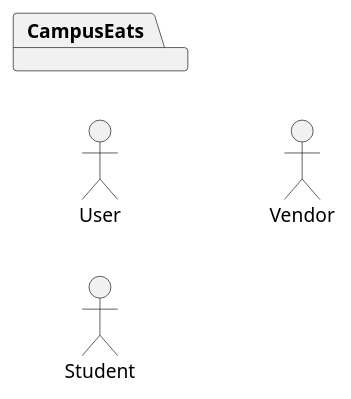
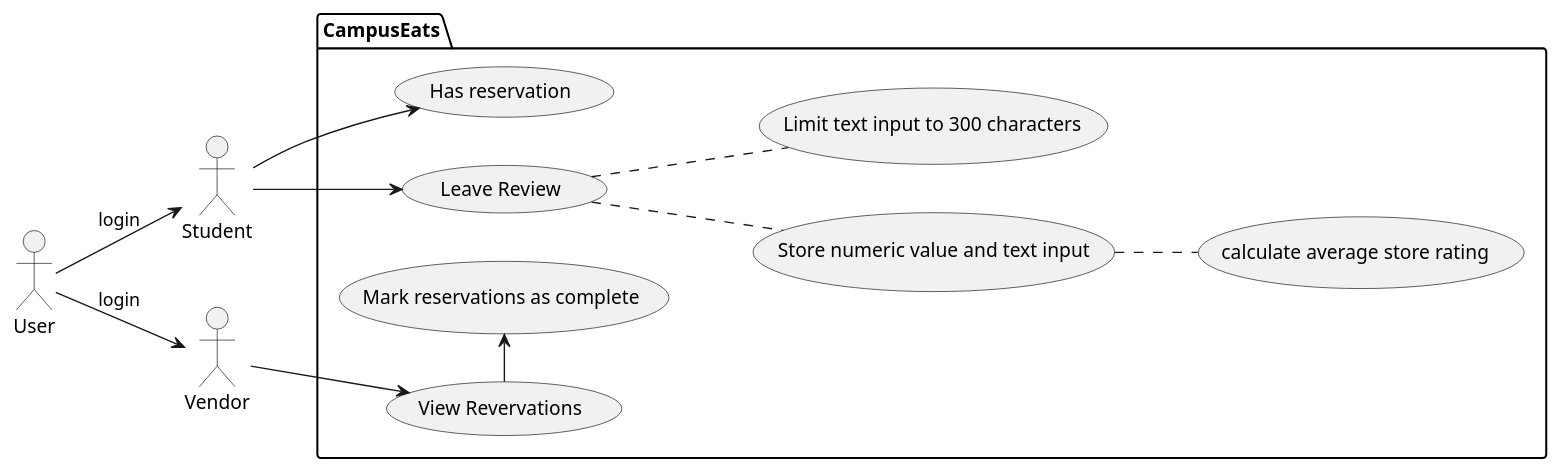
The diagram in uml/sequence-US#.wsd (Riconashty/campuseats), drawn with PlantUML before and after one commit. The commit also changed 2 other files, not shown here.

Commit message:
10.21.2026- UML and Sequence diagram inital commit +small README edit

```diff
--- a/uml/sequence-US#.wsd
+++ b/uml/sequence-US#.wsd
@@ -1,12 +1,23 @@
 @startuml US#
 
 left to right direction
 
 :User:
 :Student:
 :Vendor:
 
+User --> Student: login
+User --> Vendor: login
+
 package "CampusEats" {
+Student --> (Has reservation)
+Vendor --> (View Revervations)
+(View Revervations) -> (Mark reservations as complete)
+Student --> (Leave Review)
+(Leave Review)..(Store numeric value and text input)
+(Leave Review) .. (Limit text input to 300 characters)
+(Store numeric value and text input) .. (calculate average store rating )
+
 }
 
 @enduml
```
